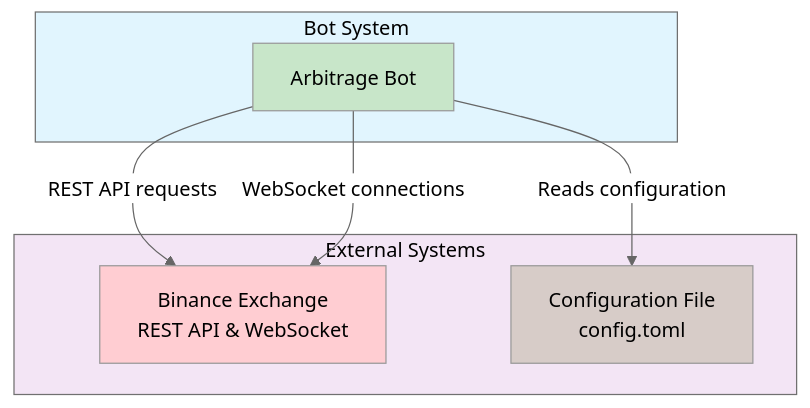
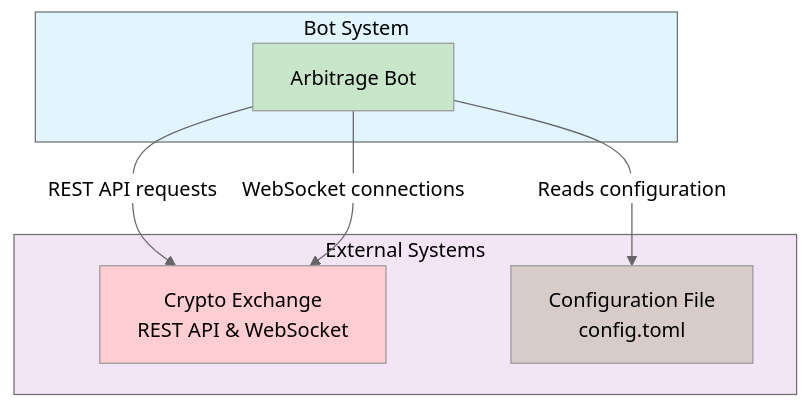
The first of 6 diagrams in README.md (mkbeh/arb-bot-rs), drawn with Mermaid (neutral theme) before and after one commit. The commit also changed other lines of this file, not shown here.

````diff
--- a/README.md
+++ b/README.md
@@ -83,20 +80,20 @@
 ```mermaid
 flowchart TD
     subgraph ExternalSystems[External Systems]
-        Binance[Binance Exchange<br/>REST API & WebSocket]
+        CryptoExchange[Crypto Exchange<br/>REST API & WebSocket]
         ConfigFile[Configuration File<br/>config.toml]
     end
 
     subgraph ArbBotRS[Bot System]
         ArbitrageBot[Arbitrage Bot]
     end
 
-    ArbitrageBot -->|REST API requests| Binance
-    ArbitrageBot -->|WebSocket connections| Binance
+    ArbitrageBot -->|REST API requests| CryptoExchange
+    ArbitrageBot -->|WebSocket connections| CryptoExchange
     ArbitrageBot -->|Reads configuration| ConfigFile
     style ArbBotRS fill: #e1f5fe, color: #000000
     style ExternalSystems fill: #f3e5f5, color: #000000
     style ArbitrageBot fill: #c8e6c9, color: #000000
-    style Binance fill: #ffcdd2, color: #000000
+    style CryptoExchange fill: #ffcdd2, color: #000000
     style ConfigFile fill: #d7ccc8, color: #000000
 ```
````
